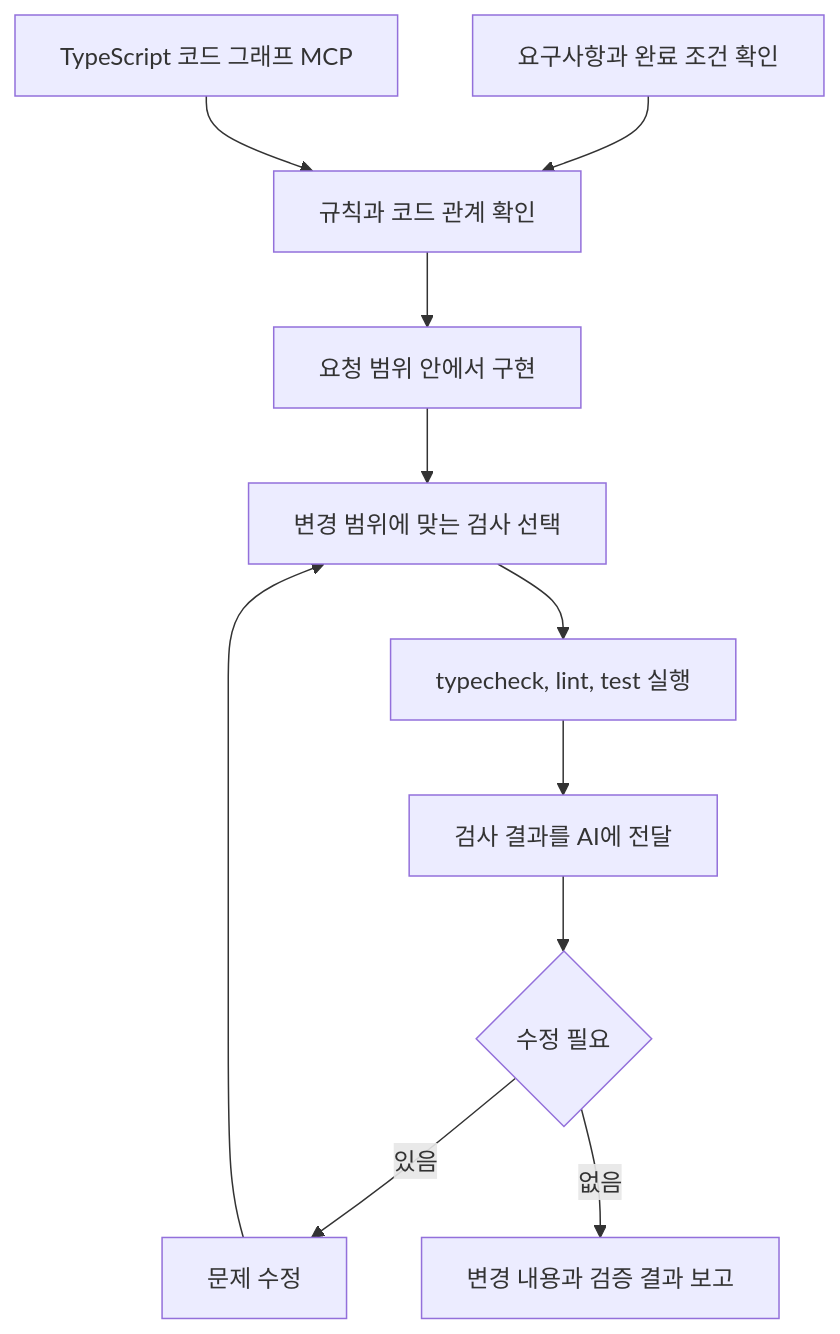
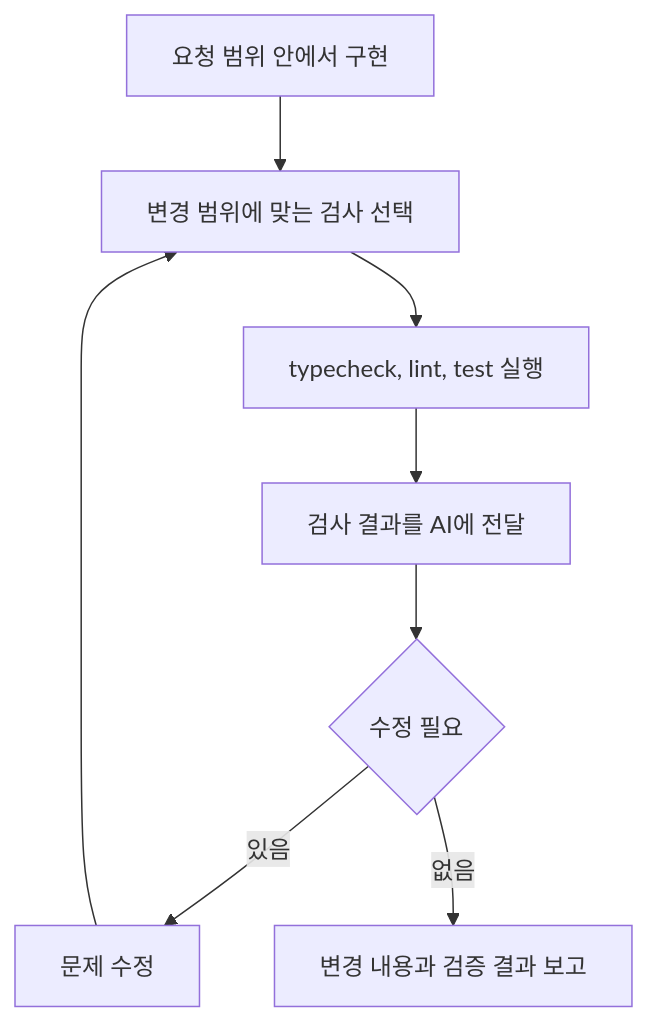
The second of 2 diagrams in projects/ai-development-setup/README.md (KimHG1995/work-history), drawn with Mermaid before and after one commit. The commit also changed other lines of this file and 9 other files, not shown here.

Commit message:
docs: 공개 Mermaid 흐름을 단계별로 나눠 가독성 개선

````diff
--- a/projects/ai-development-setup/README.md
+++ b/projects/ai-development-setup/README.md
@@ -30,13 +46,18 @@
 ```mermaid
-flowchart TD
-    request["요구사항과 완료 조건 확인"] --> context["규칙과 코드 관계 확인"]
-    context --> implement["요청 범위 안에서 구현"]
-    implement --> select["변경 범위에 맞는 검사 선택"]
-    select --> check["typecheck, lint, test 실행"]
-    check --> feedback["검사 결과를 AI에 전달"]
-    feedback --> decision{"수정 필요"}
-    decision -->|있음| fix["문제 수정"]
+flowchart TB
+    implement["요청 범위 안에서 구현"]
+    select["변경 범위에 맞는 검사 선택"]
+    check["typecheck, lint, test 실행"]
+    feedback["검사 결과를 AI에 전달"]
+    decision{"수정 필요"}
+    fix["문제 수정"]
+    report["변경 내용과 검증 결과 보고"]
+
+    implement --> select
+    select --> check
+    check --> feedback
+    feedback --> decision
+    decision -->|있음| fix
     fix --> select
-    decision -->|없음| report["변경 내용과 검증 결과 보고"]
-    tsGraph["TypeScript 코드 그래프 MCP"] --> context
+    decision -->|없음| report
 ```
````
